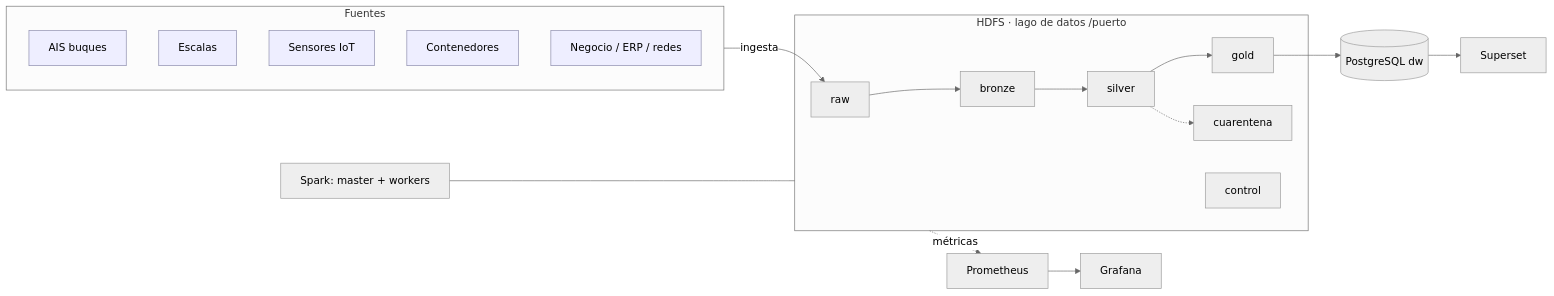
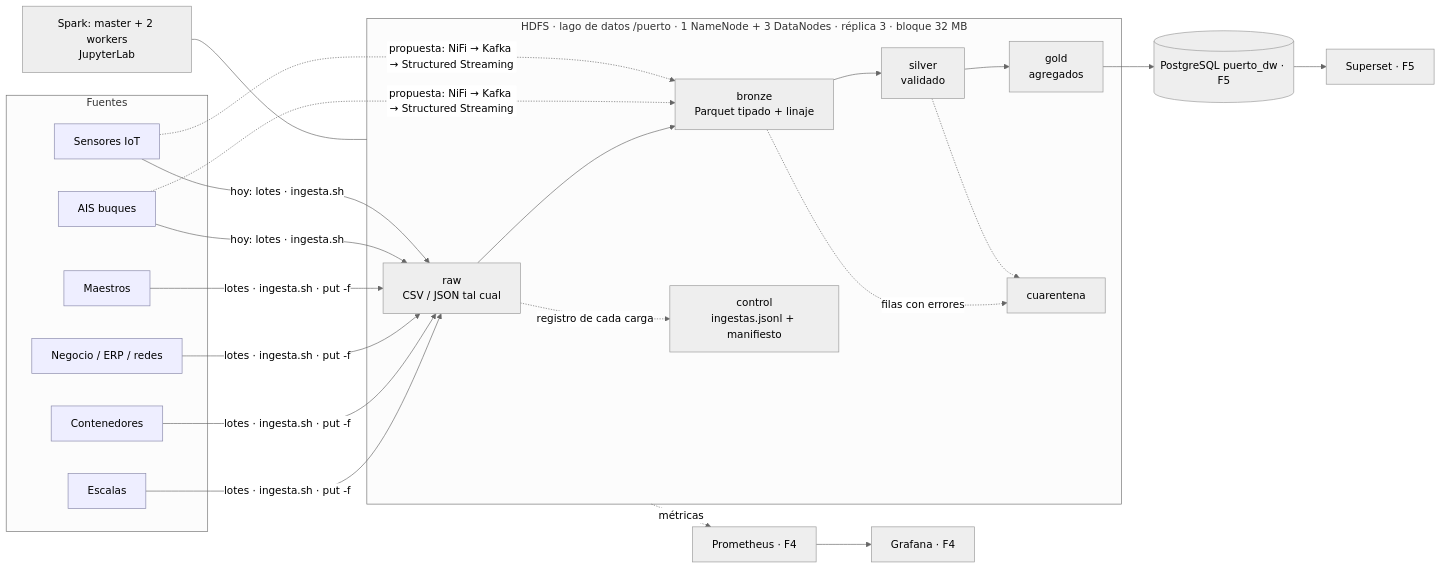
Before and after one commit to annamcardenas/Proyecto-Puerto-Big-Data: the diagram in docs/ARQUITECTURA.md, drawn with Mermaid (neutral theme). The commit also changed other lines of this file, not shown here.

Commit message:
F1: arquitectura completa (zonas, fuentes, decisiones, recursos)

````diff
--- a/docs/ARQUITECTURA.md
+++ b/docs/ARQUITECTURA.md
@@ -7,20 +8,25 @@
 ```mermaid
 flowchart LR
   subgraph Fuentes
     A[AIS buques]:::f
     E[Escalas]:::f
     S[Sensores IoT]:::f
     C[Contenedores]:::f
     N[Negocio / ERP / redes]:::f
+    M[Maestros]:::f
   end
-  subgraph HDFS["HDFS · lago de datos /puerto"]
-    R[raw] --> B[bronze] --> SV[silver] --> G[gold]
-    SV -.-> Q[cuarentena]
-    CT[control]
+  subgraph HDFS["HDFS · lago de datos /puerto · 1 NameNode + 3 DataNodes · réplica 3 · bloque 32 MB"]
+    R[raw<br/>CSV / JSON tal cual] --> B[bronze<br/>Parquet tipado + linaje] --> SV[silver<br/>validado] --> G[gold<br/>agregados]
+    B -. filas con errores .-> Q[cuarentena]
+    SV -.-> Q
+    CT[control<br/>ingestas.jsonl + manifiesto]
   end
-  Fuentes -->|ingesta| R
-  SP[Spark: master + workers] --- HDFS
-  G --> PG[(PostgreSQL dw)] --> SS[Superset]
-  HDFS -. métricas .-> PR[Prometheus] --> GR[Grafana]
+  E & C & N & M -->|lotes · ingesta.sh · put -f| R
+  A & S -->|hoy: lotes · ingesta.sh| R
+  A & S -.->|propuesta: NiFi → Kafka → Structured Streaming| B
+  R -. registro de cada carga .-> CT
+  SP[Spark: master + 2 workers<br/>JupyterLab] --- HDFS
+  G --> PG[(PostgreSQL puerto_dw · F5)] --> SS[Superset · F5]
+  HDFS -. métricas .-> PR[Prometheus · F4] --> GR[Grafana · F4]
   classDef f fill:#eef,stroke:#88a
 ```
````
